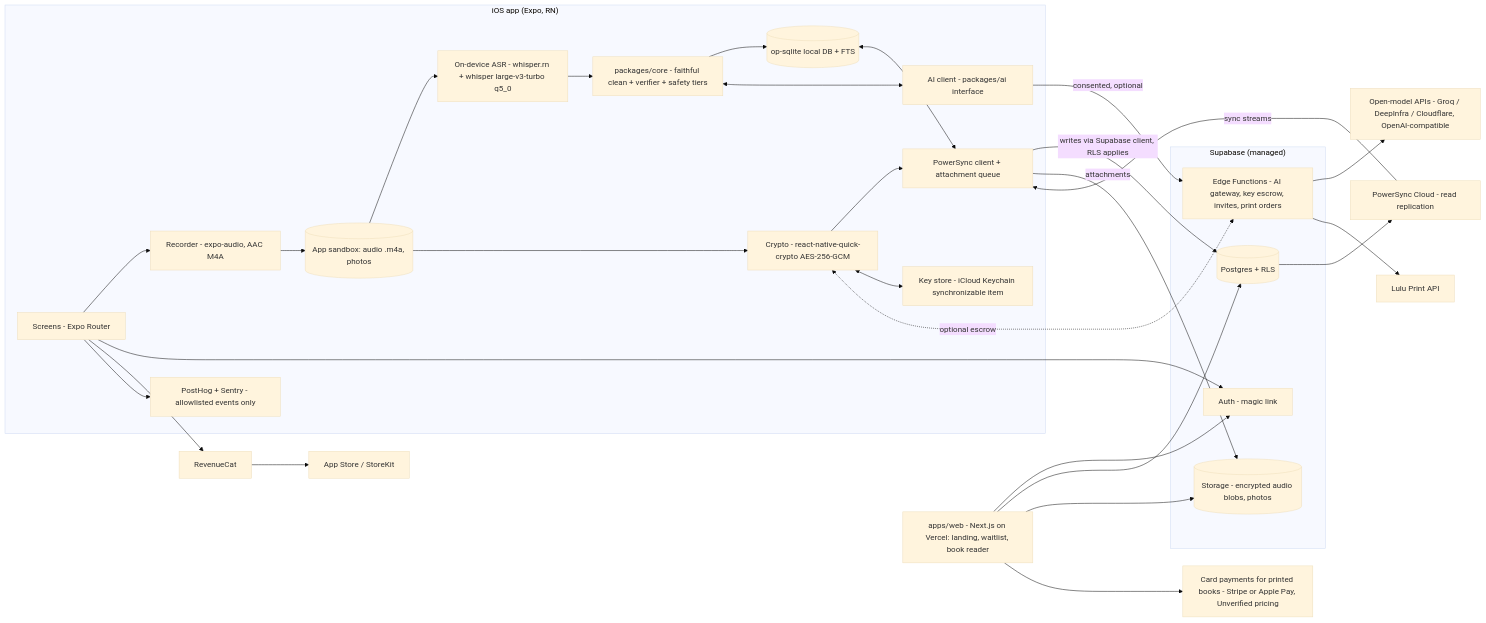
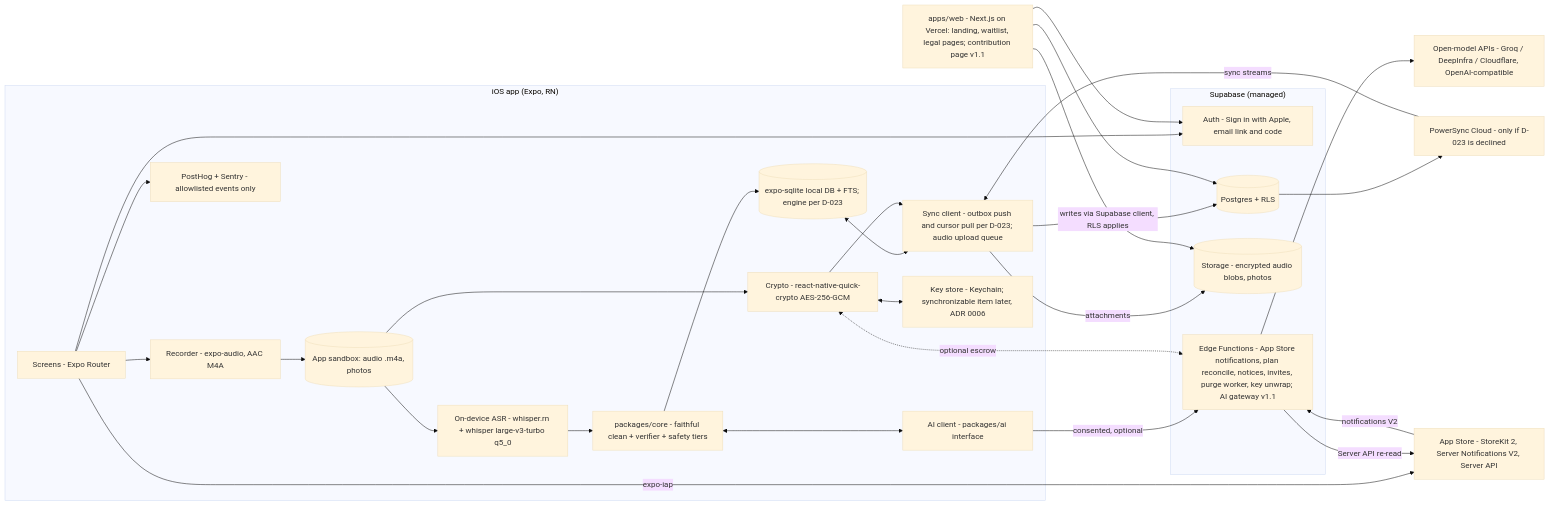
Before and after one commit to thesaurabhpareek/earlyletters: the diagram in docs/ARCHITECTURE.md, drawn with Mermaid (base theme). The commit also changed other lines of this file and 106 other files, not shown here.

First line of the commit message:
Security and family migrations, Apple entitlements, crash-safe capture, root 18+ gate, verifier hardening, plan engine, CI, decisions log and roadmap

````diff
--- a/docs/ARCHITECTURE.md
+++ b/docs/ARCHITECTURE.md
@@ -36,51 +52,48 @@
 ```mermaid
 flowchart LR
   subgraph Phone["iOS app (Expo, RN)"]
     UI[Screens - Expo Router]
     REC[Recorder - expo-audio, AAC M4A]
     ASR[On-device ASR - whisper.rn + whisper large-v3-turbo q5_0]
     CORE[packages/core - faithful clean + verifier + safety tiers]
     AIC[AI client - packages/ai interface]
-    DB[(op-sqlite local DB + FTS)]
-    PS[PowerSync client + attachment queue]
+    DB[(expo-sqlite local DB + FTS; engine per D-023)]
+    PS[Sync client - outbox push and cursor pull per D-023; audio upload queue]
     CRY[Crypto - react-native-quick-crypto AES-256-GCM]
-    KC[Key store - iCloud Keychain synchronizable item]
+    KC[Key store - Keychain; synchronizable item later, ADR 0006]
     FILES[(App sandbox: audio .m4a, photos)]
     OBS[PostHog + Sentry - allowlisted events only]
   end
 
   subgraph Supa["Supabase (managed)"]
-    AUTH[Auth - magic link]
+    AUTH[Auth - Sign in with Apple, email link and code]
     PG[(Postgres + RLS)]
     ST[(Storage - encrypted audio blobs, photos)]
-    EF[Edge Functions - AI gateway, key escrow, invites, print orders]
+    EF[Edge Functions - App Store notifications, plan reconcile, notices, invites, purge worker, key unwrap; AI gateway v1.1]
   end
 
-  PSC[PowerSync Cloud - read replication]
+  PSC[PowerSync Cloud - only if D-023 is declined]
   OAI[Open-model APIs - Groq / DeepInfra / Cloudflare, OpenAI-compatible]
-  RC[RevenueCat]
-  APPLE[App Store / StoreKit]
-  LULU[Lulu Print API]
-  PAY[Card payments for printed books - Stripe or Apple Pay, Unverified pricing]
-  WEB[apps/web - Next.js on Vercel: landing, waitlist, book reader]
+  APPLE[App Store - StoreKit 2, Server Notifications V2, Server API]
+  WEB[apps/web - Next.js on Vercel: landing, waitlist, legal pages; contribution page v1.1]
 
   UI --> REC --> FILES
   FILES --> ASR --> CORE --> DB
   CORE <--> AIC
   AIC -- consented, optional --> EF --> OAI
   DB <--> PS
   PS -- writes via Supabase client, RLS applies --> PG
   PSC -- sync streams --> PS
   PG --> PSC
   FILES --> CRY --> PS -- attachments --> ST
   CRY <--> KC
   CRY <-. optional escrow .-> EF
   UI --> AUTH
-  UI --> RC --> APPLE
-  EF --> LULU
+  UI -- expo-iap --> APPLE
+  APPLE -- notifications V2 --> EF
+  EF -- Server API re-read --> APPLE
   WEB --> AUTH
   WEB --> PG
   WEB --> ST
-  WEB --> PAY
   UI --> OBS
 ```
````
